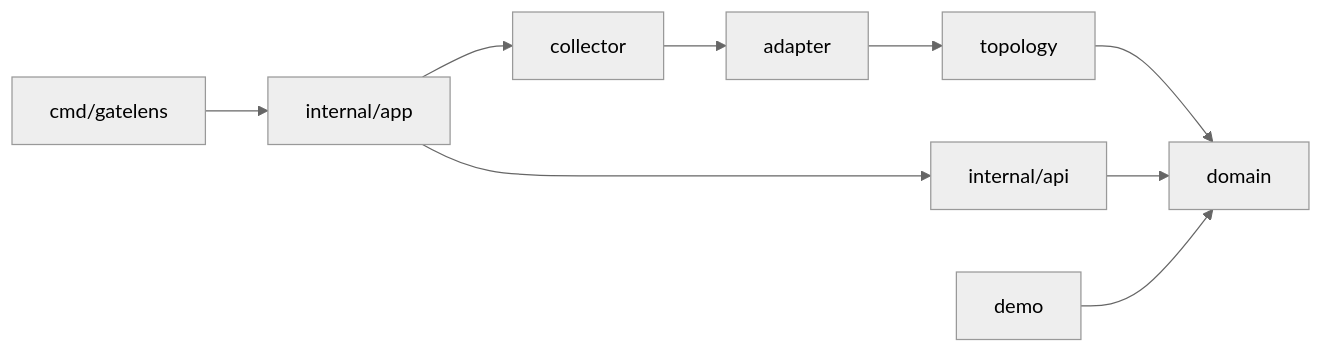
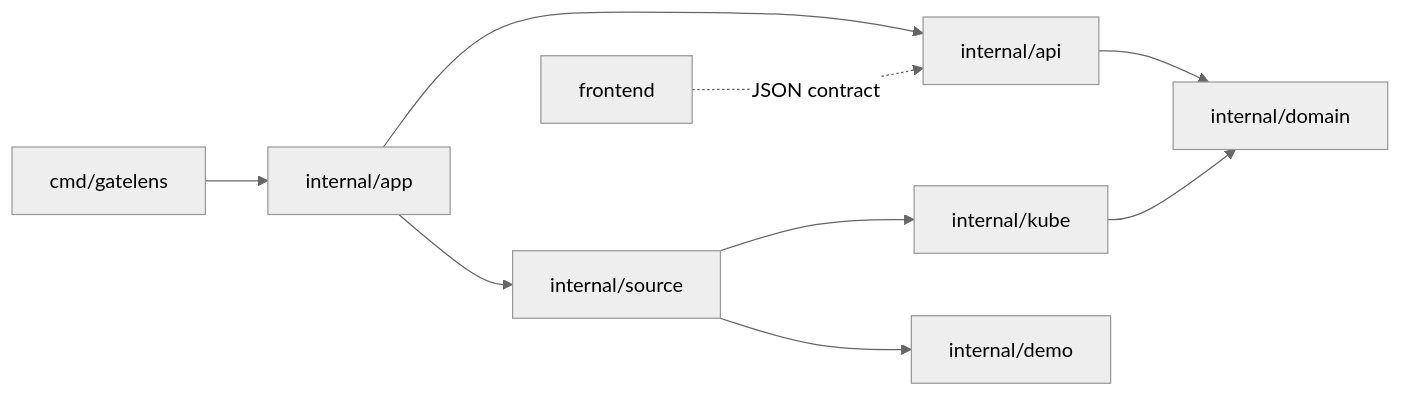
The second of 2 diagrams in docs/08-code-structure.md (yebi511/GateLens), drawn with Mermaid (neutral theme) before and after one commit. The commit also changed other lines of this file and 43 other files, not shown here.

````diff
--- a/docs/08-code-structure.md
+++ b/docs/08-code-structure.md
@@ -39,11 +52,11 @@
 ```mermaid
 flowchart LR
-  CMD[cmd/gatelens] --> APP[internal/app]
-  APP --> API[internal/api]
-  APP --> COL[collector]
-  COL --> ADAPTER[adapter]
-  ADAPTER --> TOPO[topology]
-  TOPO --> DOMAIN[domain]
-  API --> DOMAIN
-  DEMO[demo] --> DOMAIN
+  CMD["cmd/gatelens"] --> APP["internal/app"]
+  APP --> API["internal/api"]
+  APP --> SOURCE["internal/source"]
+  SOURCE --> KUBE["internal/kube"]
+  SOURCE --> DEMO["internal/demo"]
+  API --> DOMAIN["internal/domain"]
+  KUBE --> DOMAIN
+  WEB["frontend"] -. "JSON contract" .-> API
 ```
````
